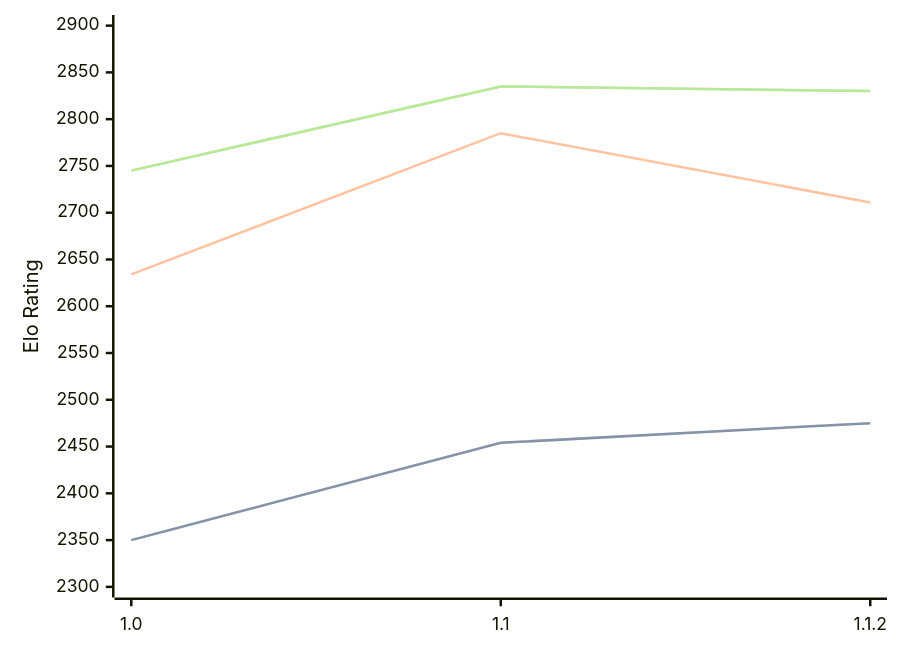
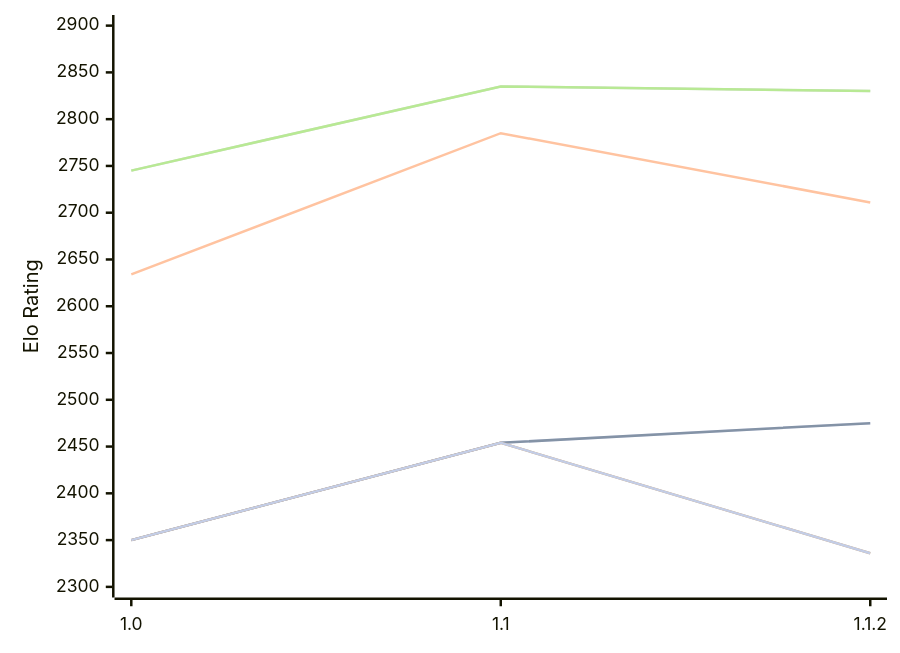
Before and after one commit to computer-chess-index/cci: the diagram in engines/Casanchess.md, drawn with Mermaid. The commit also changed other lines of this file, not shown here.

Commit message:
Update CCI Ratings (ELO VLTC) - 2026-10-11

````diff
--- a/engines/Casanchess.md
+++ b/engines/Casanchess.md
@@ -49,16 +49,13 @@
 ```mermaid
 %%{init: {"theme":"base","themeVariables":{"seriesColors:['#a3a3a3','#222221','#faa371']}}}%%
 xychart-beta
   x-axis ["1.0", "1.1", "1.1.2"]
   y-axis "Elo Rating" 2300 --> 2900
   line "" [2350, 2454, 2475]
   line "T1: STC (8.0+0.08s)" [2350, 2454, 2475]
   line "T1: LTC (60.0+0.60s)" [2634, 2785, 2711]
   line "" [2745, 2835, 2830]
   line "T1: VLTC (2m24s+1.12s)" [2745, 2835, 2830]
-  line "" [2327]
-  line "E1: STC (8.0+0.08s)" [2327]
-  line "E1: LTC (60.0+0.60s)" [2677]
-  line "" [2741]
-  line "E1: VLTC (2m24s+1.12s)" [2741]
+  line "" [2350, 2454,2336]
+  line "E1: STC (8.0+0.08s)" [2350, 2454,2336]
 ```
````
